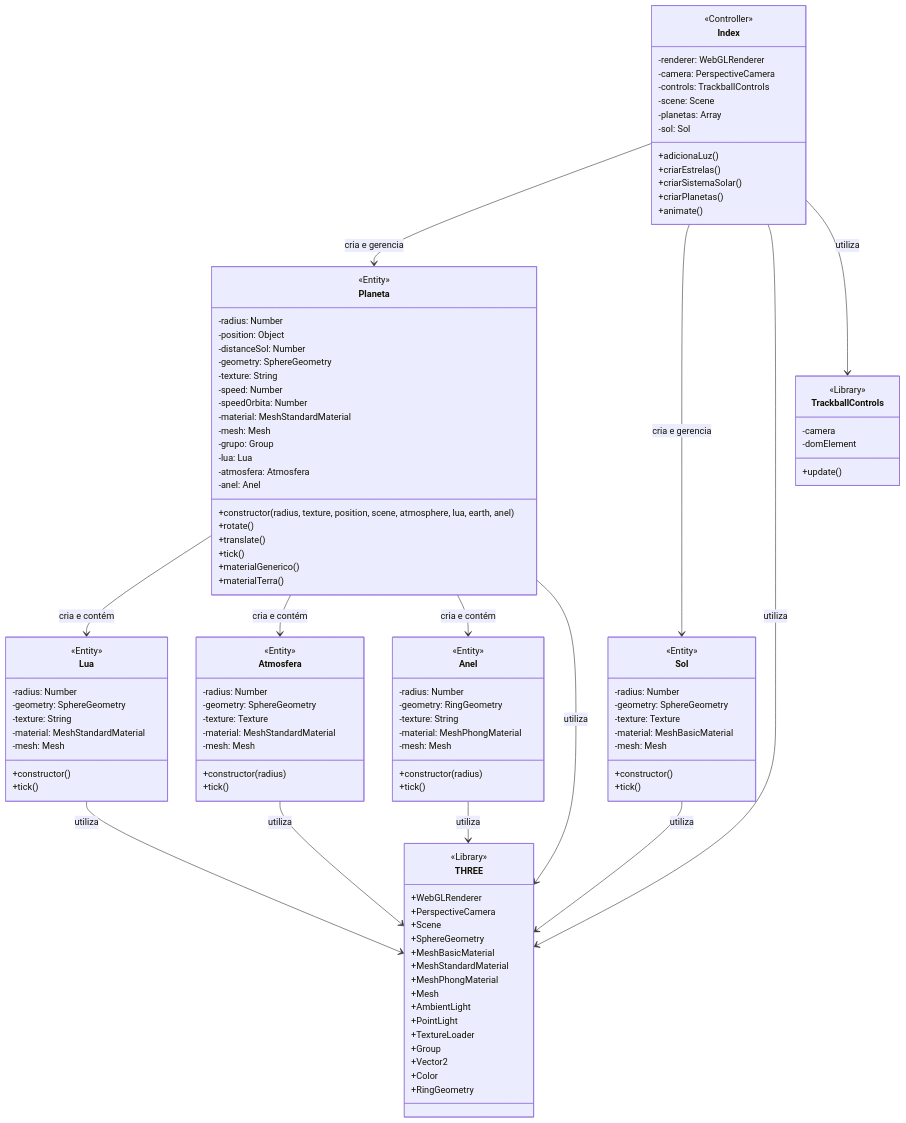
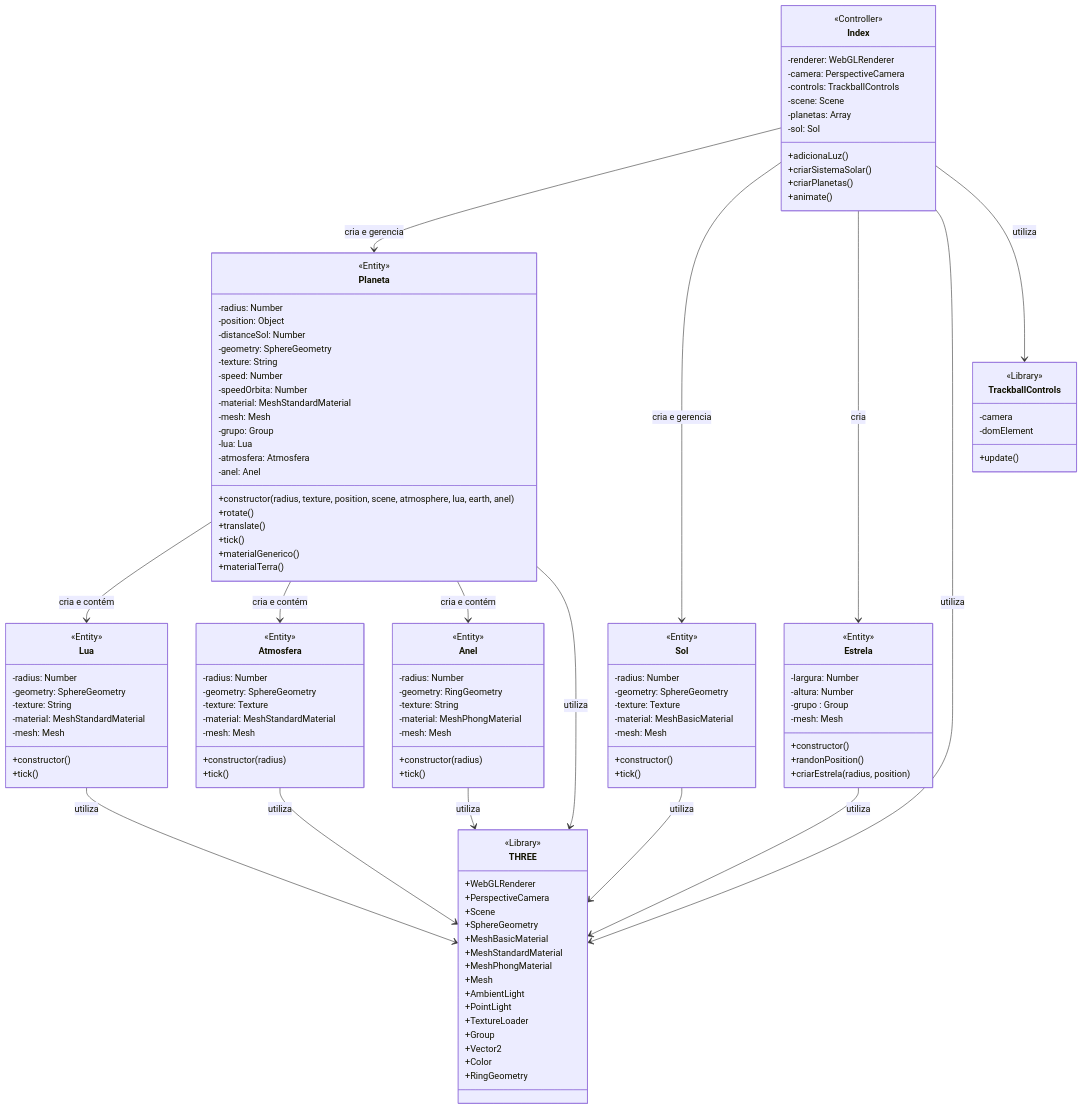
The diagram in README.md (StephanyeCunto/ComputacaoGrafica), drawn with Mermaid before and after one commit. The commit also changed 3 other files, not shown here.

````diff
--- a/README.md
+++ b/README.md
@@ -189,6 +189,17 @@
  +tick()
  }
 
+ class Estrela{
+<<Entity>>
+-largura: Number
+-altura: Number
+-grupo : Group
+-mesh: Mesh
++constructor()
++randonPosition()
++criarEstrela(radius, position)
+}
+
  class Index {
  <<Controller>>
  -renderer: WebGLRenderer
@@ -198,21 +209,23 @@
  -planetas: Array
  -sol: Sol
  +adicionaLuz()
- +criarEstrelas()
  +criarSistemaSolar()
  +criarPlanetas()
  +animate()
  }
+
  Planeta --> Lua : cria e contém
  Planeta --> Atmosfera : cria e contém
  Planeta --> Anel : cria e contém
  Planeta --> THREE : utiliza
  Index --> Planeta : cria e gerencia
  Index --> Sol : cria e gerencia
+ Index --> Estrela : cria
  Index --> THREE : utiliza
  Index --> TrackballControls : utiliza
  Lua --> THREE : utiliza
  Atmosfera --> THREE : utiliza
  Anel --> THREE : utiliza
  Sol --> THREE : utiliza
+ Estrela --> THREE : utiliza
 ```
````
